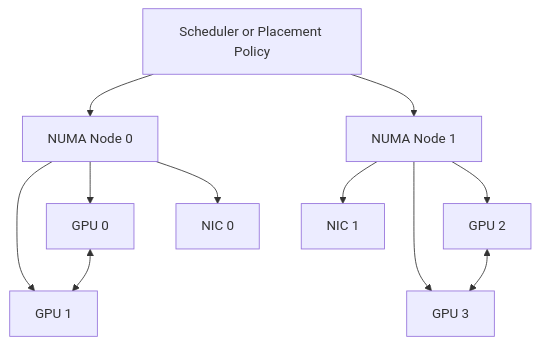
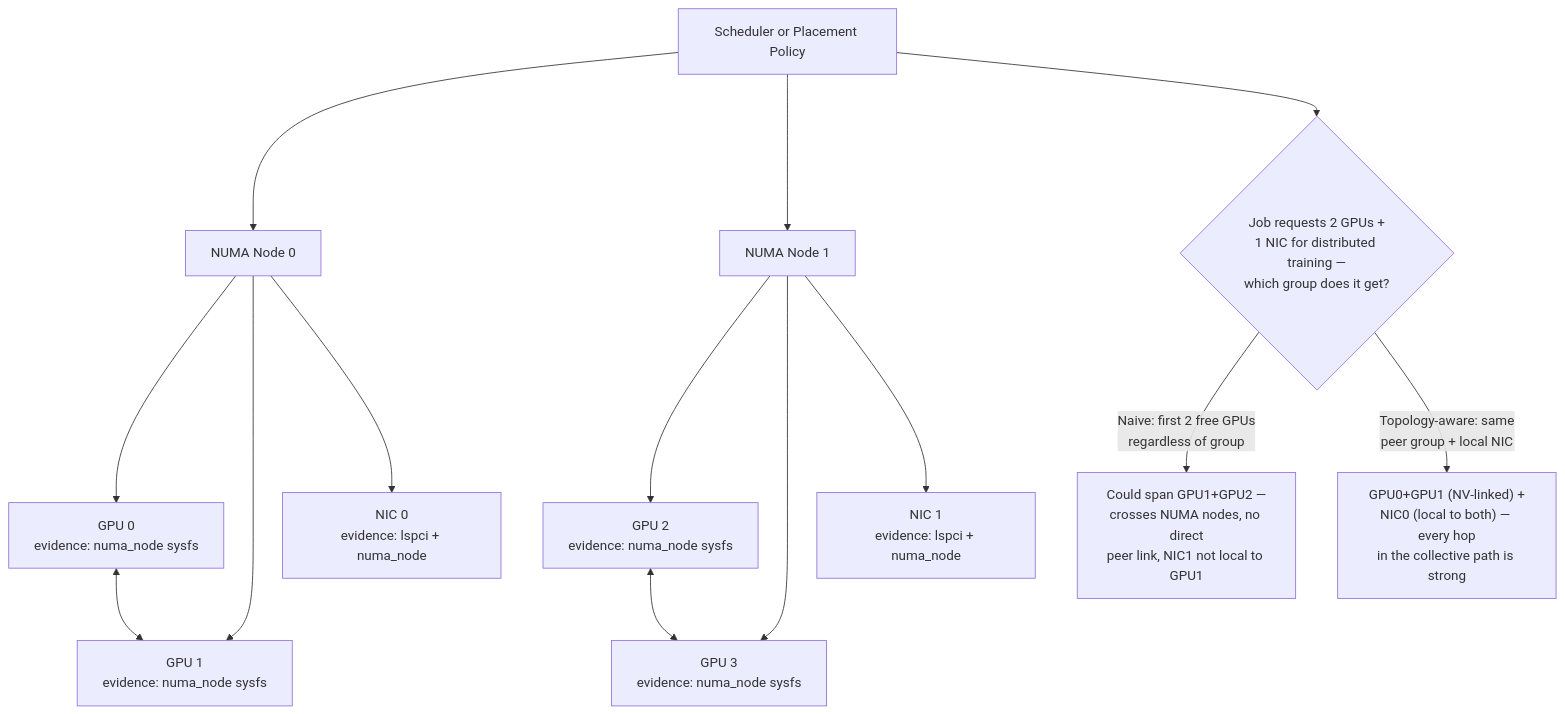
The diagram in docs/nvidia-zero-to-hero/volume-02/labs/lab-04-build-a-topology-aware-gpu-placement-plan.md (jithinpnjm/nvidia-devops), drawn with Mermaid before and after one commit. The commit also changed other lines of this file, not shown here.

````diff
--- a/docs/nvidia-zero-to-hero/volume-02/labs/lab-04-build-a-topology-aware-gpu-placement-plan.md
+++ b/docs/nvidia-zero-to-hero/volume-02/labs/lab-04-build-a-topology-aware-gpu-placement-plan.md
@@ -59,23 +59,26 @@
 ```mermaid
 flowchart TD
     Scheduler[Scheduler or Placement Policy]
     CPU0[NUMA Node 0]
     CPU1[NUMA Node 1]
-    GPU0[GPU 0]
-    GPU1[GPU 1]
-    GPU2[GPU 2]
-    GPU3[GPU 3]
-    NIC0[NIC 0]
-    NIC1[NIC 1]
+    GPU0["GPU 0<br/>evidence: numa_node sysfs"]
+    GPU1["GPU 1<br/>evidence: numa_node sysfs"]
+    GPU2["GPU 2<br/>evidence: numa_node sysfs"]
+    GPU3["GPU 3<br/>evidence: numa_node sysfs"]
+    NIC0["NIC 0<br/>evidence: lspci + numa_node"]
+    NIC1["NIC 1<br/>evidence: lspci + numa_node"]
 
     Scheduler --> CPU0
     Scheduler --> CPU1
     CPU0 --> GPU0
     CPU0 --> GPU1
     CPU0 --> NIC0
     CPU1 --> GPU2
     CPU1 --> GPU3
     CPU1 --> NIC1
     GPU0 <--> GPU1
     GPU2 <--> GPU3
+    Scheduler --> Request{"Job requests 2 GPUs +<br/>1 NIC for distributed training —<br/>which group does it get?"}
+    Request -->|"Naive: first 2 free GPUs<br/>regardless of group"| Bad["Could span GPU1+GPU2 —<br/>crosses NUMA nodes, no direct<br/>peer link, NIC1 not local to GPU1"]
+    Request -->|"Topology-aware: same<br/>peer group + local NIC"| Good["GPU0+GPU1 (NV-linked) +<br/>NIC0 (local to both) — every hop<br/>in the collective path is strong"]
 ```
````
